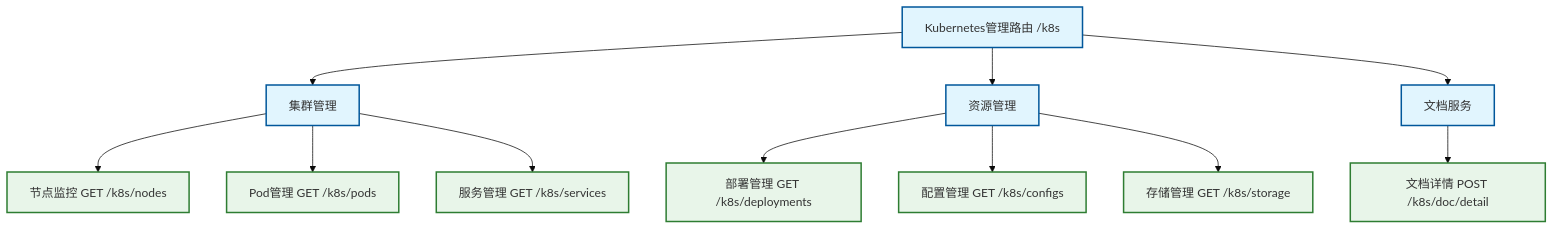
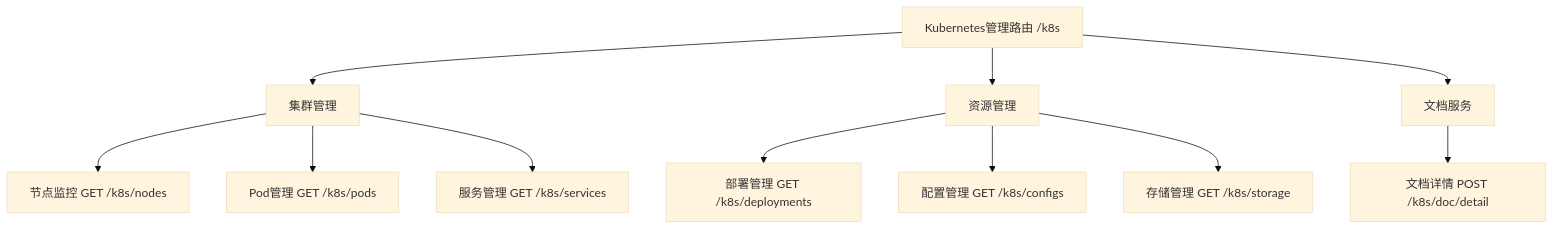
The fourth of 5 diagrams in docs/route_structure.md (weibaohui/k8m), drawn with Mermaid (base theme) before and after one commit. The commit also changed other lines of this file, not shown here.

````diff
--- a/docs/route_structure.md
+++ b/docs/route_structure.md
@@ -57,27 +38,21 @@
 ```mermaid
 graph TD
     D[Kubernetes管理路由 /k8s] --> D1[集群管理]
     D --> D2[资源管理]
     D --> D3[文档服务]
 
     %% 集群管理子节点
     D1 --> D1_1[节点监控 GET /k8s/nodes]
     D1 --> D1_2[Pod管理 GET /k8s/pods]
     D1 --> D1_3[服务管理 GET /k8s/services]
 
     %% 资源管理子节点
     D2 --> D2_1[部署管理 GET /k8s/deployments]
     D2 --> D2_2[配置管理 GET /k8s/configs]
     D2 --> D2_3[存储管理 GET /k8s/storage]
 
     %% 文档服务子节点
     D3 --> D3_1[文档详情 POST /k8s/doc/detail]
 
-    %% 样式设置
-    classDef route fill:#e1f5fe,stroke:#01579b,stroke-width:2px;
-    classDef endpoint fill:#e8f5e9,stroke:#2e7d32,stroke-width:2px;
-
-    %% 应用样式
-    class D,D1,D2,D3 route;
-    class D1_1,D1_2,D1_3,D2_1,D2_2,D2_3,D3_1 endpoint;
+   
 ```
````
